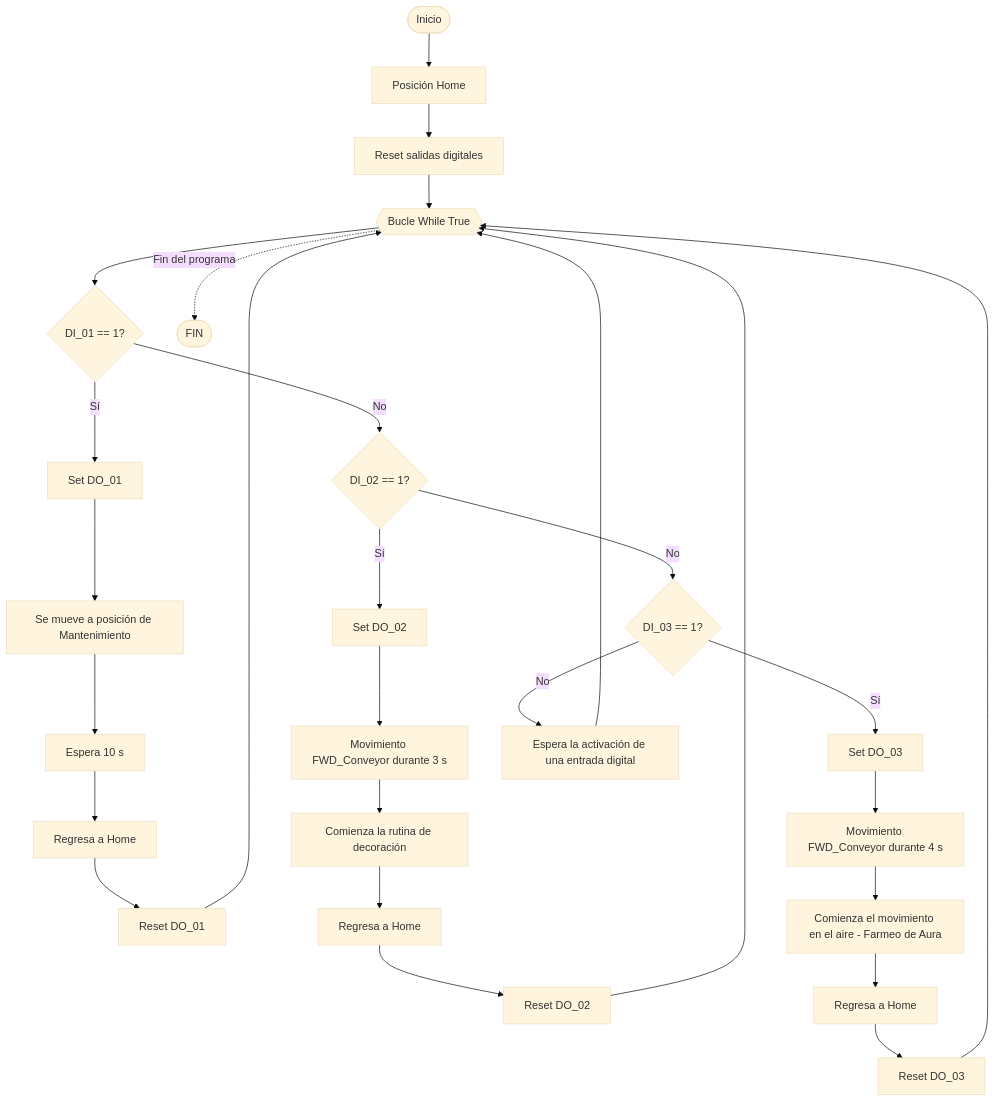
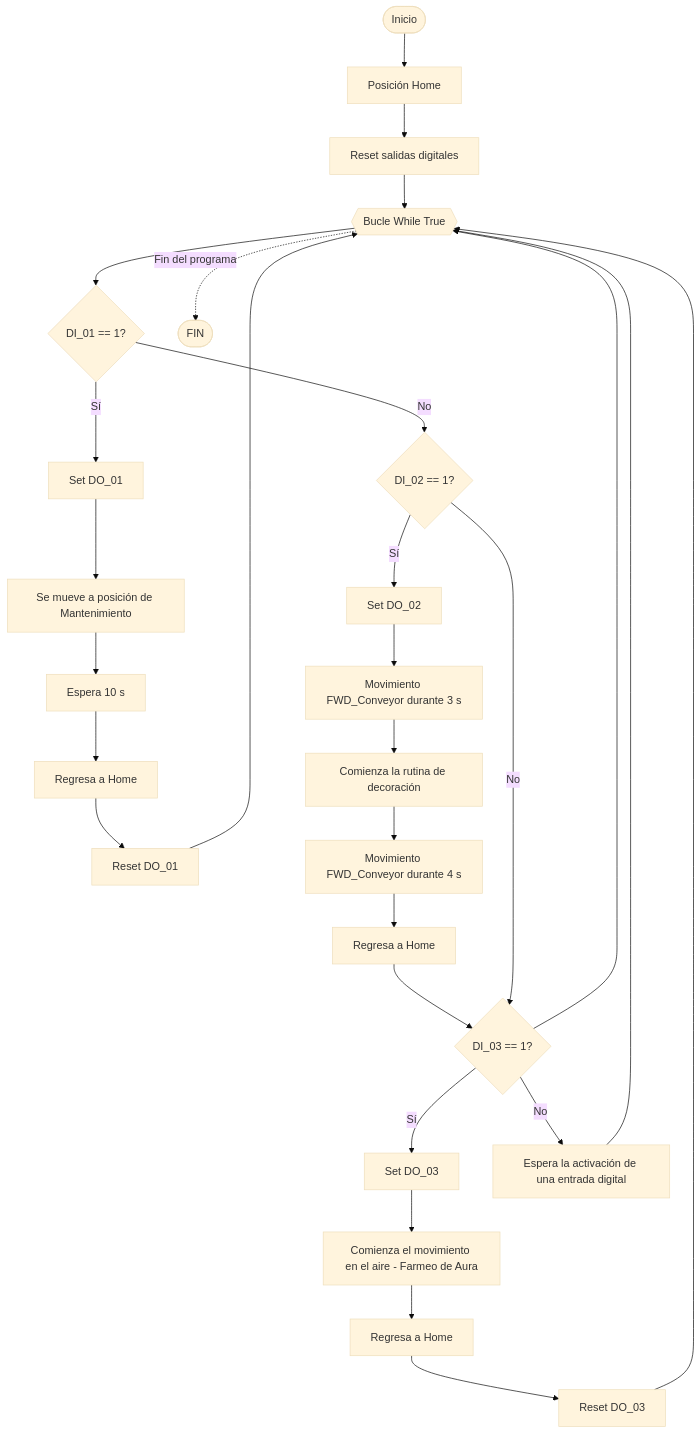
Before and after one commit to labsir-un/Robotica_2026-II_Grupo_3A_Jordan_Vargas: the diagram in Laboratorio No. 01 - Robótica Industrial ABB IRB140 y RobotStudio/README.MD, drawn with Mermaid (base theme).

````diff
--- a/Laboratorio No. 01 - Robótica Industrial ABB IRB140 y RobotStudio/README.MD
+++ b/Laboratorio No. 01 - Robótica Industrial ABB IRB140 y RobotStudio/README.MD
@@ -117,38 +117,38 @@
 ```mermaid
 flowchart TD
     A([Inicio]) --> B[Posición Home]
     B --> C[Reset salidas digitales]
     C --> D{{Bucle While True}}
 
     D --> E{DI_01 == 1?}
 
     E -- Sí --> F[Set DO_01]
     F --> G[Se mueve a posición de Mantenimiento]
     G --> H[Espera 10 s]
     H --> I[Regresa a Home]
     I --> J[Reset DO_01]
     J --> D
 
     E -- No --> K{DI_02 == 1?}
 
     K -- Sí --> L[Set DO_02]
     L --> M[Movimiento FWD_Conveyor durante 3 s]
     M --> N[Comienza la rutina de decoración]
-    N --> O[Regresa a Home]
-    O --> P[Reset DO_02]
-    P --> D
+    N --> O[Movimiento FWD_Conveyor durante 4 s]
+    O --> P[Regresa a Home]
+    P --> Q[Reset DO_02]
+    Q --> D
 
     K -- No --> Q{DI_03 == 1?}
 
     Q -- Sí --> R[Set DO_03]
-    R --> S[Movimiento FWD_Conveyor durante 4 s]
-    S --> T[Comienza el movimiento en el aire - Farmeo de Aura]
-    T --> U[Regresa a Home]
-    U --> V[Reset DO_03]
-    V --> D
+    R --> S[Comienza el movimiento en el aire - Farmeo de Aura]
+    S --> T[Regresa a Home]
+    T --> U[Reset DO_03]
+    U --> D
 
     Q -- No --> W[Espera la activación de una entrada digital]
     W --> D
 
     D -. Fin del programa .-> Z([FIN])
 ```
````
